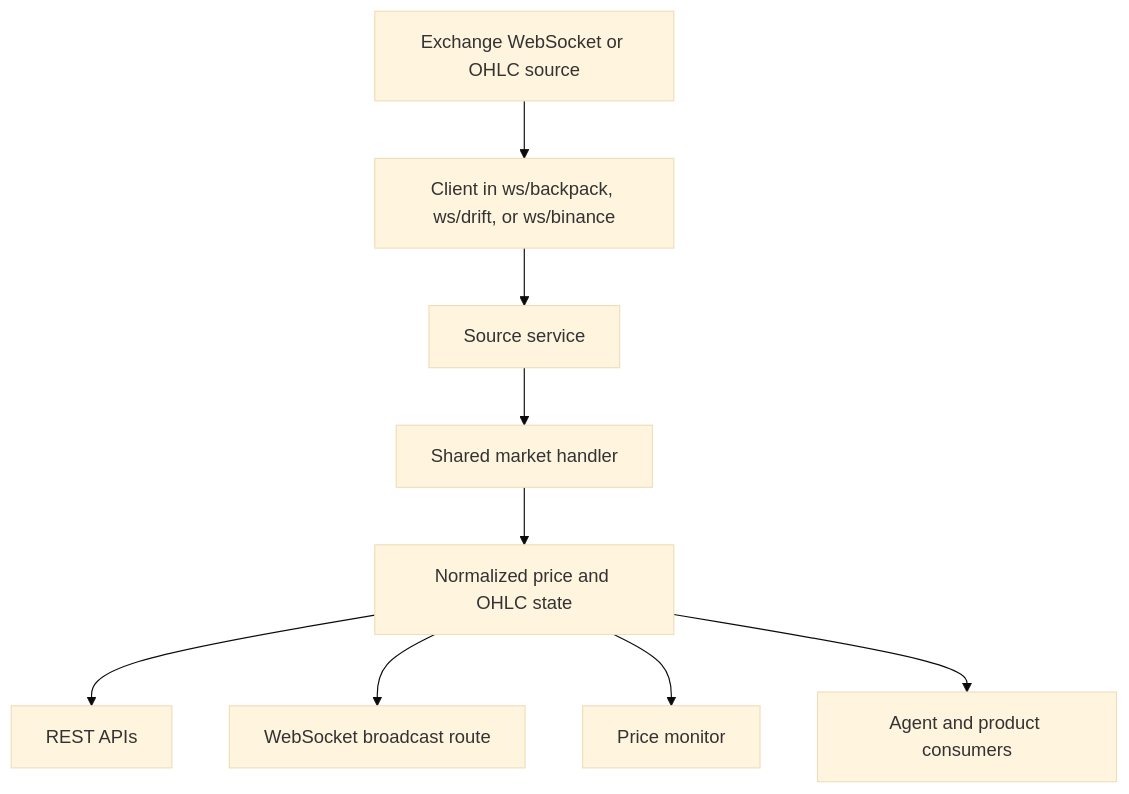
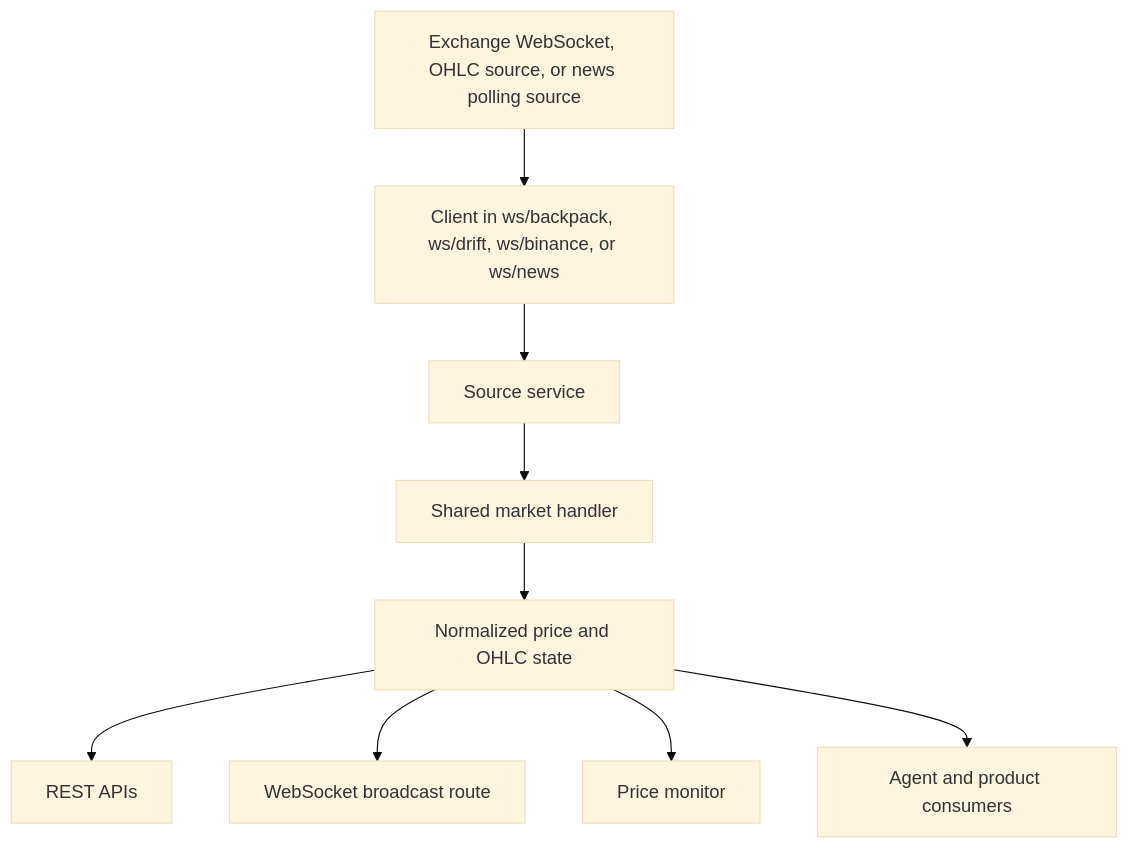
The diagram in websocket/overview.mdx (FajarArrizki/docs), drawn with Mermaid (base theme) before and after one commit. The commit also changed other lines of this file and 9 other files, not shown here.

````diff
--- a/websocket/overview.mdx
+++ b/websocket/overview.mdx
@@ -26,11 +27,11 @@
 ```mermaid
 flowchart TD
-    A[Exchange WebSocket or OHLC source] --> B[Client in ws/backpack, ws/drift, or ws/binance]
+    A[Exchange WebSocket, OHLC source, or news polling source] --> B[Client in ws/backpack, ws/drift, ws/binance, or ws/news]
     B --> C[Source service]
     C --> D[Shared market handler]
     D --> E[Normalized price and OHLC state]
     E --> F[REST APIs]
     E --> G[WebSocket broadcast route]
     E --> H[Price monitor]
     E --> I[Agent and product consumers]
 ```
````
